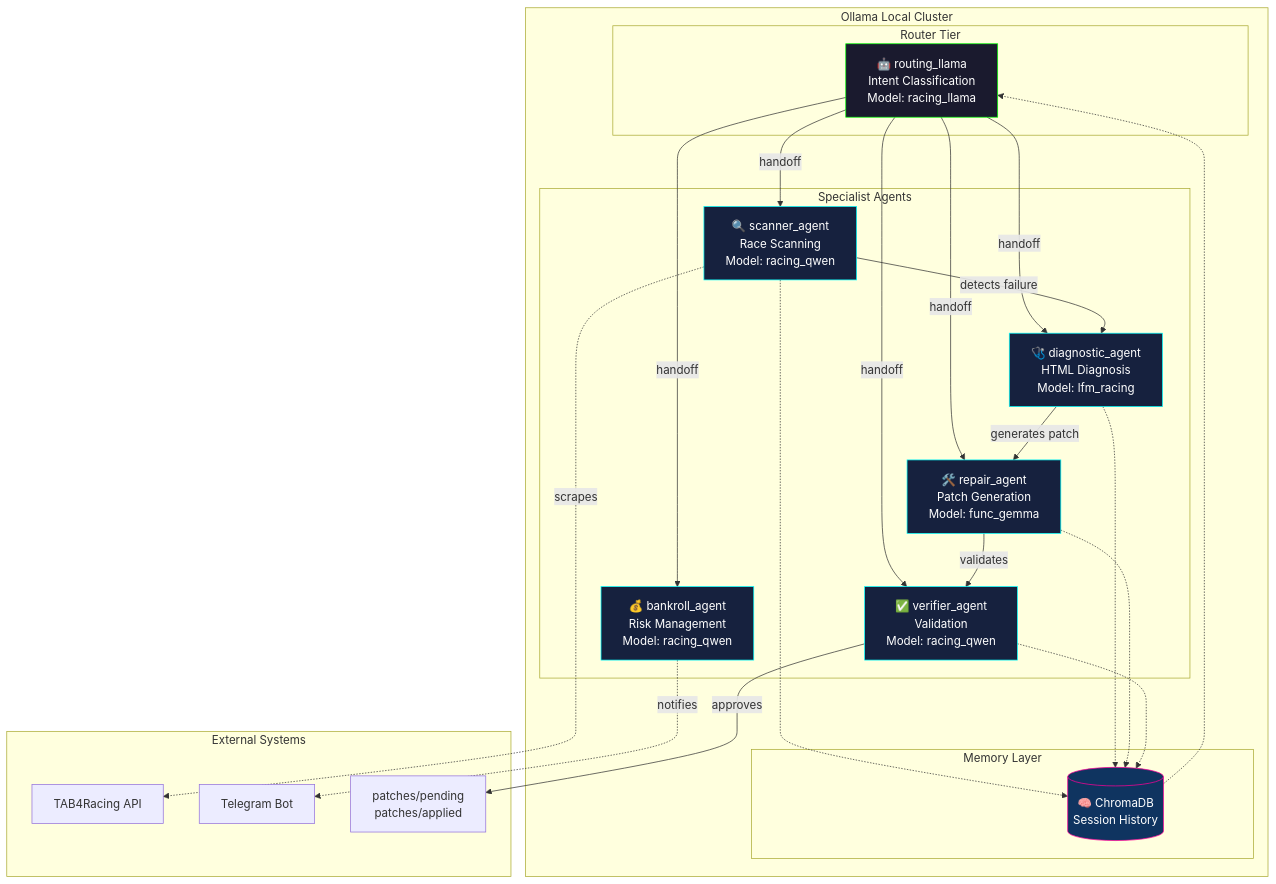
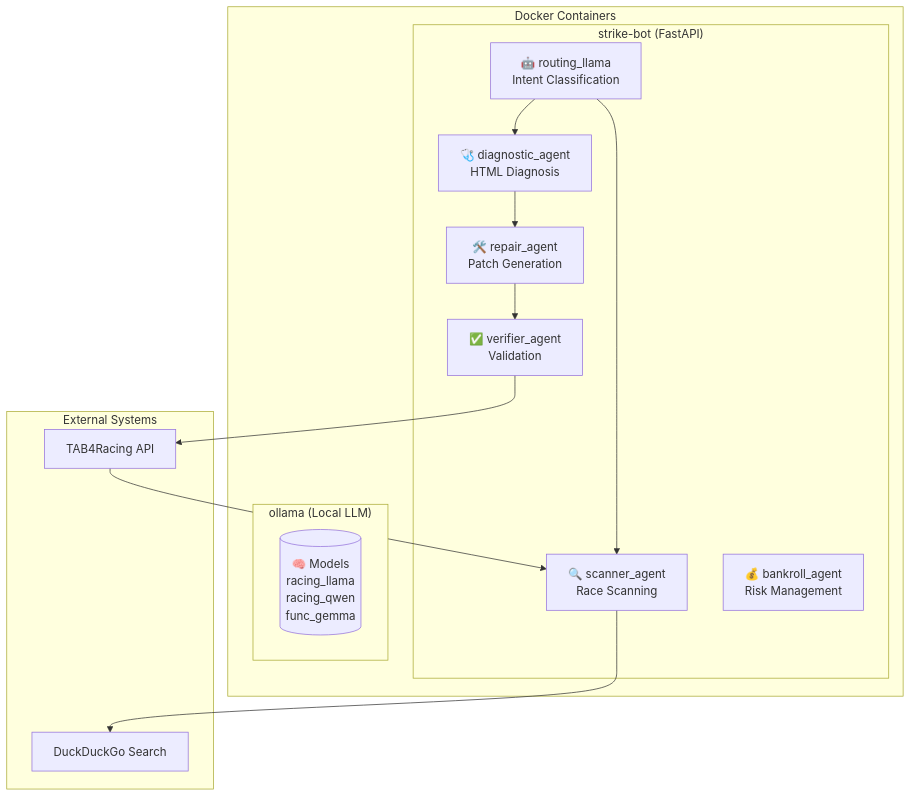
The diagram in docs/healing_swarm_architecture.md (Gmpho/strike-tips-autonomous-), drawn with Mermaid before and after one commit. The commit also changed 17 other files, not shown here.

Commit message:
refactor: migrate project to core_agent structure, remove Pydantic AI in favor of direct model calls, and update documentation

````diff
--- a/docs/healing_swarm_architecture.md
+++ b/docs/healing_swarm_architecture.md
@@ -9,55 +12,30 @@
 ```mermaid
 graph TB
-    subgraph "Ollama Local Cluster"
-        subgraph "Router Tier"
-            R[🤖 routing_llama<br/>Intent Classification<br/>Model: racing_llama]
+    subgraph "Docker Containers"
+        subgraph "strike-bot (FastAPI)"
+            R[🤖 routing_llama<br/>Intent Classification]
+            S1[🔍 scanner_agent<br/>Race Scanning]
+            S2[🩺 diagnostic_agent<br/>HTML Diagnosis]
+            S3[🛠️ repair_agent<br/>Patch Generation]
+            S4[✅ verifier_agent<br/>Validation]
+            S5[💰 bankroll_agent<br/>Risk Management]
         end
         
-        subgraph "Specialist Agents"
-            S1[🔍 scanner_agent<br/>Race Scanning<br/>Model: racing_qwen]
-            S2[🩺 diagnostic_agent<br/>HTML Diagnosis<br/>Model: lfm_racing]
-            S3[🛠️ repair_agent<br/>Patch Generation<br/>Model: func_gemma]
-            S4[✅ verifier_agent<br/>Validation<br/>Model: racing_qwen]
-            S5[💰 bankroll_agent<br/>Risk Management<br/>Model: racing_qwen]
-        end
-        
-        subgraph "Memory Layer"
-            M[(🧠 ChromaDB<br/>Session History)]
+        subgraph "ollama (Local LLM)"
+            M[(🧠 Models<br/>racing_llama<br/>racing_qwen<br/>func_gemma)]
         end
     end
     
     subgraph "External Systems"
         TAB[TAB4Racing API]
-        TG[Telegram Bot]
-        PATCH[patches/pending<br/>patches/applied]
+        DDG[DuckDuckGo Search]
     end
     
-    %% Main Flow
-    R -->|handoff| S1
-    R -->|handoff| S2
-    R -->|handoff| S3
-    R -->|handoff| S4
-    R -->|handoff| S5
-    
-    S1 -->|detects failure| S2
-    S2 -->|generates patch| S3
-    S3 -->|validates| S4
-    S4 -->|approves| PATCH
-    
-    S1 -.->|scrapes| TAB
-    S5 -.->|notifies| TG
-    
-    S1 -.-> M
-    S2 -.-> M
-    S3 -.-> M
-    S4 -.-> M
-    M -.-> R
-    
-    style R fill:#1a1a2e,stroke:#0f0,color:#fff
-    style S1 fill:#16213e,stroke:#0ff,color:#fff
-    style S2 fill:#16213e,stroke:#0ff,color:#fff
-    style S3 fill:#16213e,stroke:#0ff,color:#fff
-    style S4 fill:#16213e,stroke:#0ff,color:#fff
-    style S5 fill:#16213e,stroke:#0ff,color:#fff
-    style M fill:#0f3460,stroke:#f09,color:#fff
+    R --> S1
+    R --> S2
+    S2 --> S3
+    S3 --> S4
+    S4 --> TAB
+    TAB --> S1
+    S1 --> DDG
 ```
````
